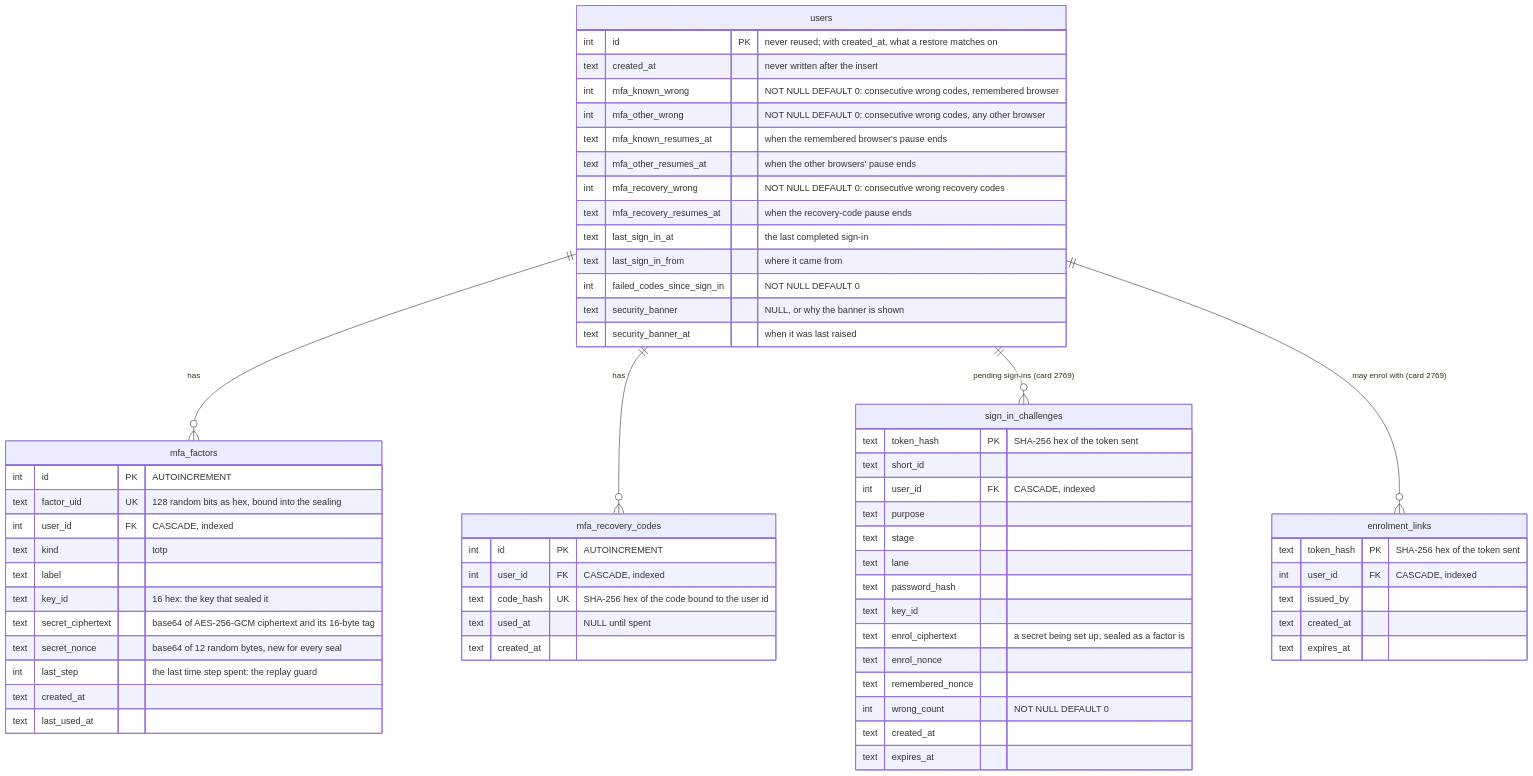
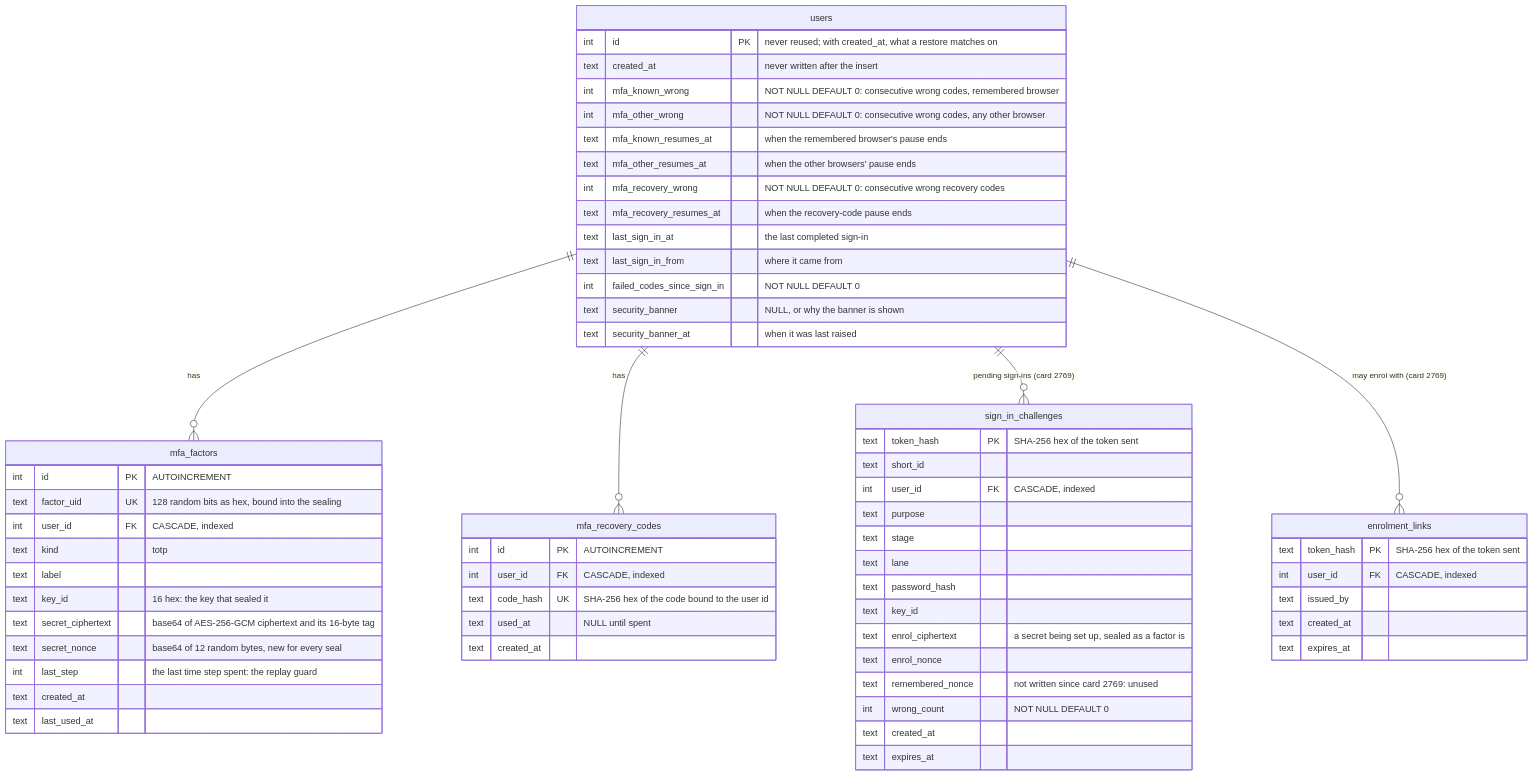
Diagram 14 of 37 in docs/data-model.md (gitBoon/DumpFire), drawn with Mermaid before and after one commit. The commit also changed other lines of this file and 67 other files, not shown here.

````diff
--- a/docs/data-model.md
+++ b/docs/data-model.md
@@ -1229,65 +1232,65 @@
 ```mermaid
 erDiagram
     users ||--o{ mfa_factors : "has"
     users ||--o{ mfa_recovery_codes : "has"
     users ||--o{ sign_in_challenges : "pending sign-ins (card 2769)"
     users ||--o{ enrolment_links : "may enrol with (card 2769)"
     users {
         int id PK "never reused; with created_at, what a restore matches on"
         text created_at "never written after the insert"
         int mfa_known_wrong "NOT NULL DEFAULT 0: consecutive wrong codes, remembered browser"
         int mfa_other_wrong "NOT NULL DEFAULT 0: consecutive wrong codes, any other browser"
         text mfa_known_resumes_at "when the remembered browser's pause ends"
         text mfa_other_resumes_at "when the other browsers' pause ends"
         int mfa_recovery_wrong "NOT NULL DEFAULT 0: consecutive wrong recovery codes"
         text mfa_recovery_resumes_at "when the recovery-code pause ends"
         text last_sign_in_at "the last completed sign-in"
         text last_sign_in_from "where it came from"
         int failed_codes_since_sign_in "NOT NULL DEFAULT 0"
         text security_banner "NULL, or why the banner is shown"
         text security_banner_at "when it was last raised"
     }
     mfa_factors {
         int id PK "AUTOINCREMENT"
         text factor_uid UK "128 random bits as hex, bound into the sealing"
         int user_id FK "CASCADE, indexed"
         text kind "totp"
         text label
         text key_id "16 hex: the key that sealed it"
         text secret_ciphertext "base64 of AES-256-GCM ciphertext and its 16-byte tag"
         text secret_nonce "base64 of 12 random bytes, new for every seal"
         int last_step "the last time step spent: the replay guard"
         text created_at
         text last_used_at
     }
     mfa_recovery_codes {
         int id PK "AUTOINCREMENT"
         int user_id FK "CASCADE, indexed"
         text code_hash UK "SHA-256 hex of the code bound to the user id"
         text used_at "NULL until spent"
         text created_at
     }
     sign_in_challenges {
         text token_hash PK "SHA-256 hex of the token sent"
         text short_id
         int user_id FK "CASCADE, indexed"
         text purpose
         text stage
         text lane
         text password_hash
         text key_id
         text enrol_ciphertext "a secret being set up, sealed as a factor is"
         text enrol_nonce
-        text remembered_nonce
+        text remembered_nonce "not written since card 2769: unused"
         int wrong_count "NOT NULL DEFAULT 0"
         text created_at
         text expires_at
     }
     enrolment_links {
         text token_hash PK "SHA-256 hex of the token sent"
         int user_id FK "CASCADE, indexed"
         text issued_by
         text created_at
         text expires_at
     }
 ```
````
